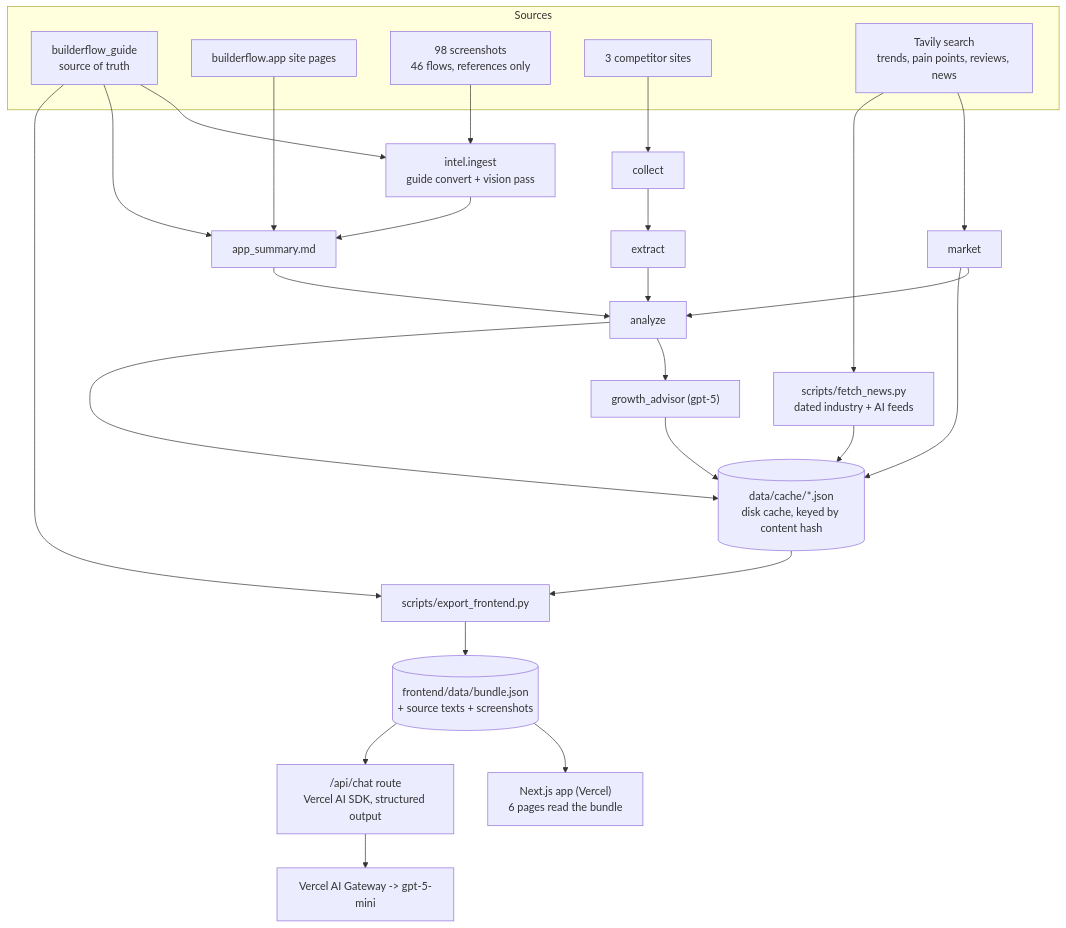
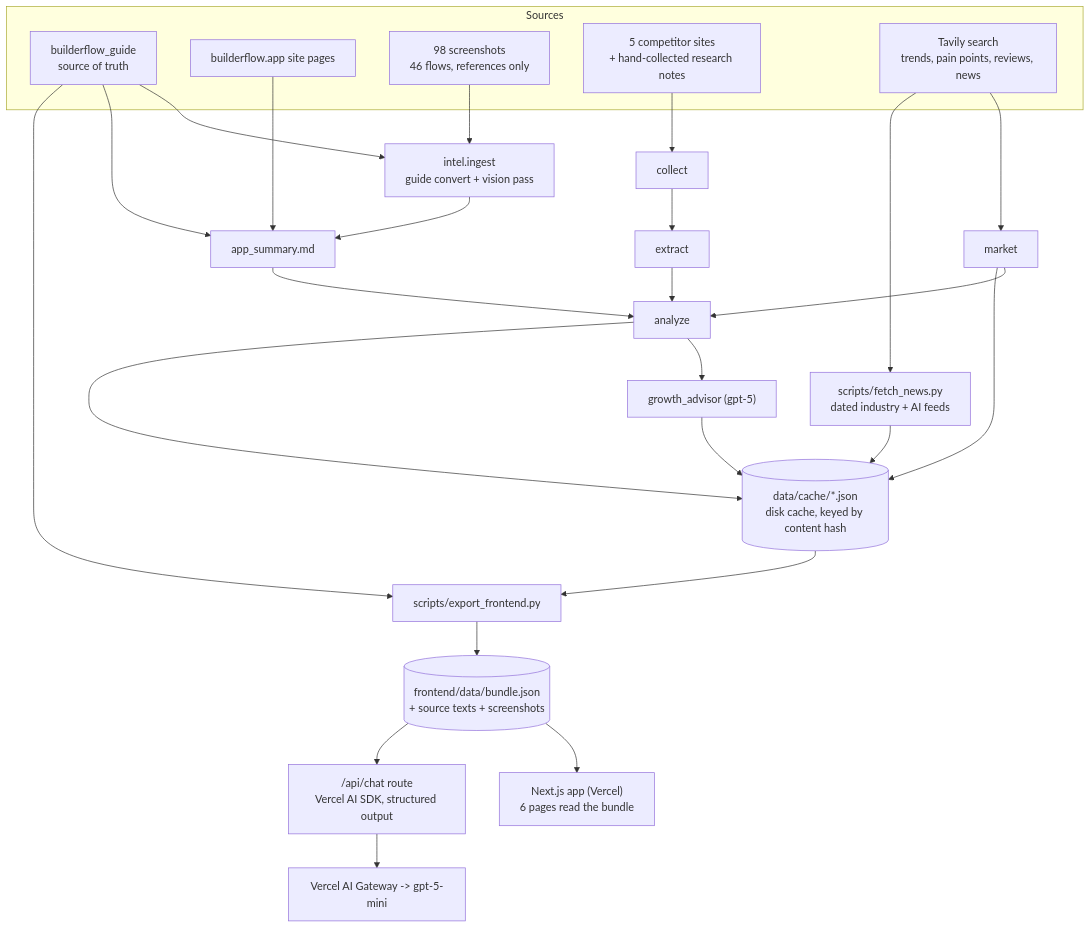
The diagram in README.md (nikhilSwami11/builderflow-intel), drawn with Mermaid before and after one commit. The commit also changed other lines of this file and 20 other files, not shown here.

Commit message:
Analyse all five competitors (add Roofr, JobTread + hand-collected research notes); stricter parity rules; data-driven competitor columns; refreshed README and screenshots

````diff
--- a/README.md
+++ b/README.md
@@ -63,36 +63,36 @@
 ```mermaid
 flowchart TD
     subgraph sources[Sources]
         GUIDE[builderflow_guide<br/>source of truth]
         SITE[builderflow.app site pages]
         SHOTS[98 screenshots<br/>46 flows, references only]
-        COMP[3 competitor sites]
+        COMP[5 competitor sites<br/>+ hand-collected research notes]
         TAVILY[Tavily search<br/>trends, pain points, reviews, news]
     end
 
     GUIDE --> INGEST["intel.ingest<br/>guide convert + vision pass"]
     SHOTS --> INGEST
     INGEST --> SUMMARY[app_summary.md]
     SITE --> SUMMARY
     GUIDE --> SUMMARY
 
     COMP --> COLLECT[collect] --> EXTRACT[extract]
     TAVILY --> MARKET[market]
     EXTRACT --> ANALYZE[analyze]
     MARKET --> ANALYZE
     SUMMARY --> ANALYZE
     ANALYZE --> GROWTH["growth_advisor (gpt-5)"]
     TAVILY --> NEWS["scripts/fetch_news.py<br/>dated industry + AI feeds"]
 
     ANALYZE --> CACHE[(data/cache/*.json<br/>disk cache, keyed by content hash)]
     MARKET --> CACHE
     GROWTH --> CACHE
     NEWS --> CACHE
 
     CACHE --> EXPORT["scripts/export_frontend.py"]
     GUIDE --> EXPORT
     EXPORT --> BUNDLE[(frontend/data/bundle.json<br/>+ source texts + screenshots)]
     BUNDLE --> NEXT["Next.js app (Vercel)<br/>6 pages read the bundle"]
     BUNDLE --> CHATAPI["/api/chat route<br/>Vercel AI SDK, structured output"]
     CHATAPI --> GATEWAY[Vercel AI Gateway -> gpt-5-mini]
 ```
````
